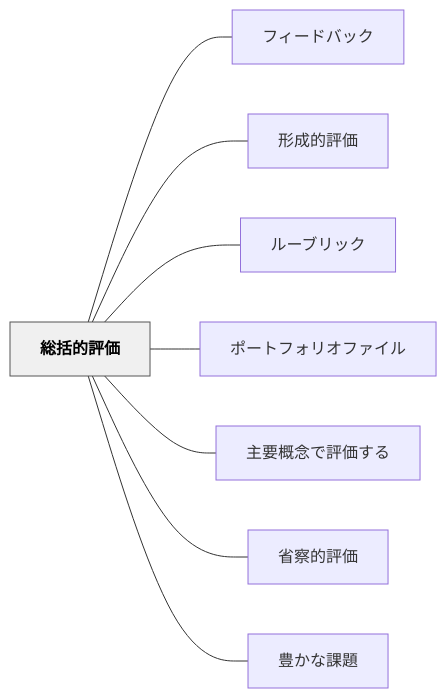
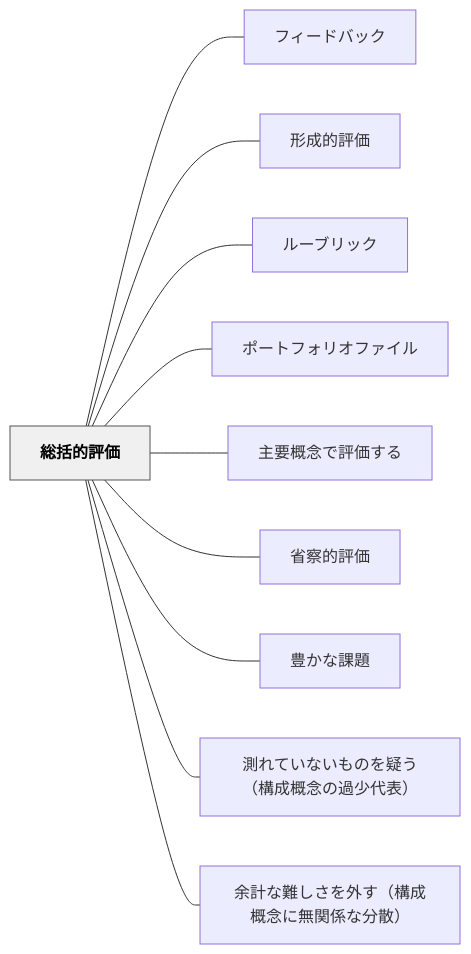
The diagram in content/パタン/総括的評価.md (unknownthings-ed-patterns/unknownthings-ed-patterns), drawn with Mermaid before and after one commit. The commit also changed other lines of this file and 9 other files, not shown here.

````diff
--- a/content/パタン/総括的評価.md
+++ b/content/パタン/総括的評価.md
@@ -58,22 +61,26 @@
 ```mermaid
 flowchart LR
     ne7b78fe68bace79a84e8a995e4bea1["総括的評価"]
     ne38395e382a3e383bce38389e38390e38383e382af["フィードバック"]
     ne5bda2e68890e79a84e8a995e4bea1["形成的評価"]
     ne383abe383bce38396e383aae38383e382af["ルーブリック"]
     ne3839de383bce38388e38395e382a9e383aae382aae38395e382a1e382a4e383ab["ポートフォリオファイル"]
     ne4b8bbe8a681e6a682e5bfb5e381a7e8a995e4bea1e38199e3828b["主要概念で評価する"]
     ne79c81e5af9fe79a84e8a995e4bea1["省察的評価"]
     ne8b18ae3818be381aae8aab2e9a18c["豊かな課題"]
+    ne6b8ace3828ce381a6e38184e381aae38184e38282e381aee38292e79691e38186efbc88e6a78be68890e6a682e5bfb5e381aee9818ee5b091e4bba3e8a1a8efbc89["測れていないものを疑う（構成概念の過少代表）"]
+    ne4bd99e8a888e381aae99ba3e38197e38195e38292e5a496e38199efbc88e6a78be68890e6a682e5bfb5e381abe784a1e996a2e4bf82e381aae58886e695a3efbc89["余計な難しさを外す（構成概念に無関係な分散）"]
 
     ne7b78fe68bace79a84e8a995e4bea1 --- ne38395e382a3e383bce38389e38390e38383e382af
     ne7b78fe68bace79a84e8a995e4bea1 --- ne5bda2e68890e79a84e8a995e4bea1
     ne7b78fe68bace79a84e8a995e4bea1 --- ne383abe383bce38396e383aae38383e382af
     ne7b78fe68bace79a84e8a995e4bea1 --- ne3839de383bce38388e38395e382a9e383aae382aae38395e382a1e382a4e383ab
     ne7b78fe68bace79a84e8a995e4bea1 --- ne4b8bbe8a681e6a682e5bfb5e381a7e8a995e4bea1e38199e3828b
     ne7b78fe68bace79a84e8a995e4bea1 --- ne79c81e5af9fe79a84e8a995e4bea1
     ne7b78fe68bace79a84e8a995e4bea1 --- ne8b18ae3818be381aae8aab2e9a18c
+    ne7b78fe68bace79a84e8a995e4bea1 --- ne6b8ace3828ce381a6e38184e381aae38184e38282e381aee38292e79691e38186efbc88e6a78be68890e6a682e5bfb5e381aee9818ee5b091e4bba3e8a1a8efbc89
+    ne7b78fe68bace79a84e8a995e4bea1 --- ne4bd99e8a888e381aae99ba3e38197e38195e38292e5a496e38199efbc88e6a78be68890e6a682e5bfb5e381abe784a1e996a2e4bf82e381aae58886e695a3efbc89
 
     classDef hub fill:#f0f0f0,stroke:#555,color:#000,font-weight:bold
     class ne7b78fe68bace79a84e8a995e4bea1 hub
 ```
````
